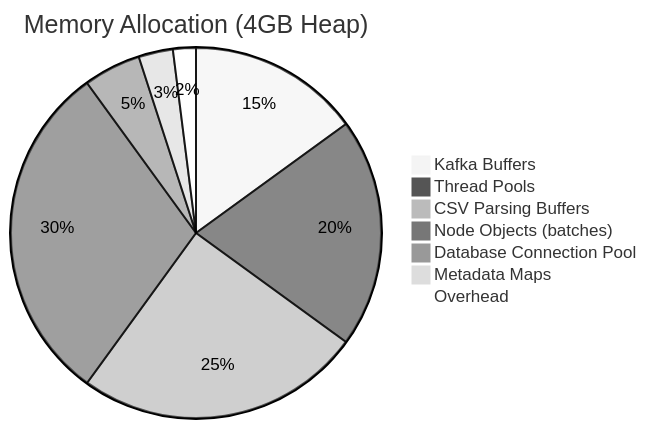
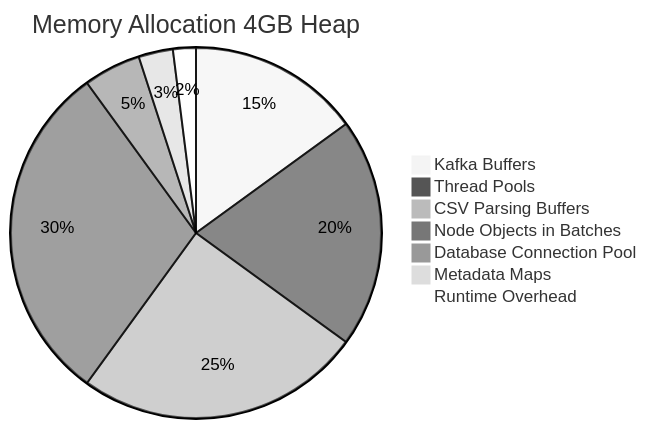
One commit to kagit00/schedule_x changed diagram 30 of 32 in docs/Low Level Designs/NodesImport.md. Above: the diagram before and after it, drawn with Mermaid (neutral theme). The commit also changed other lines of this file, not shown here.

````diff
--- a/docs/Low Level Designs/NodesImport.md
+++ b/docs/Low Level Designs/NodesImport.md
@@ -1424,10 +1425,11 @@
 ```mermaid
-pie title Memory Allocation (4GB Heap)
+pie title Memory Allocation 4GB Heap
     "Kafka Buffers" : 15
     "Thread Pools" : 20
     "CSV Parsing Buffers" : 25
-    "Node Objects (batches)" : 30
+    "Node Objects in Batches" : 30
     "Database Connection Pool" : 5
     "Metadata Maps" : 3
-    "Overhead" : 2
+    "Runtime Overhead" : 2
+
 ```
````
